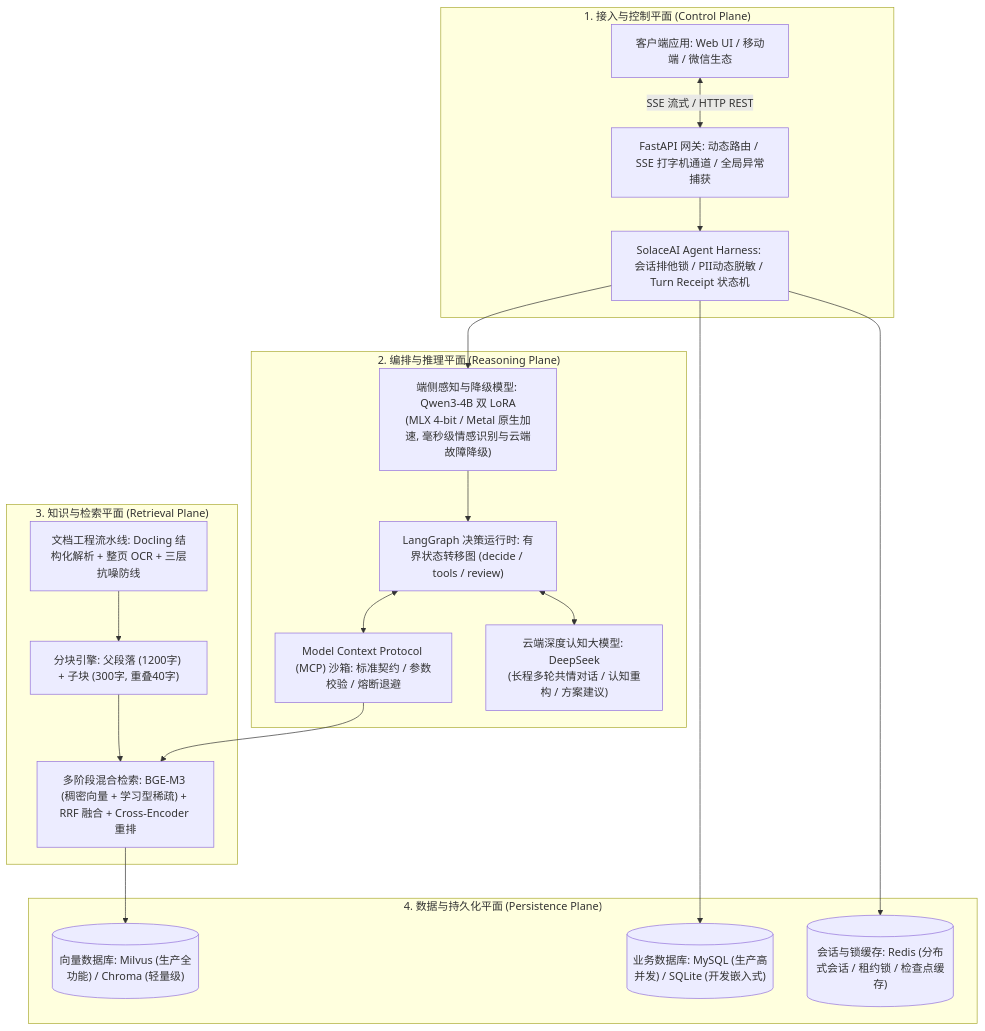
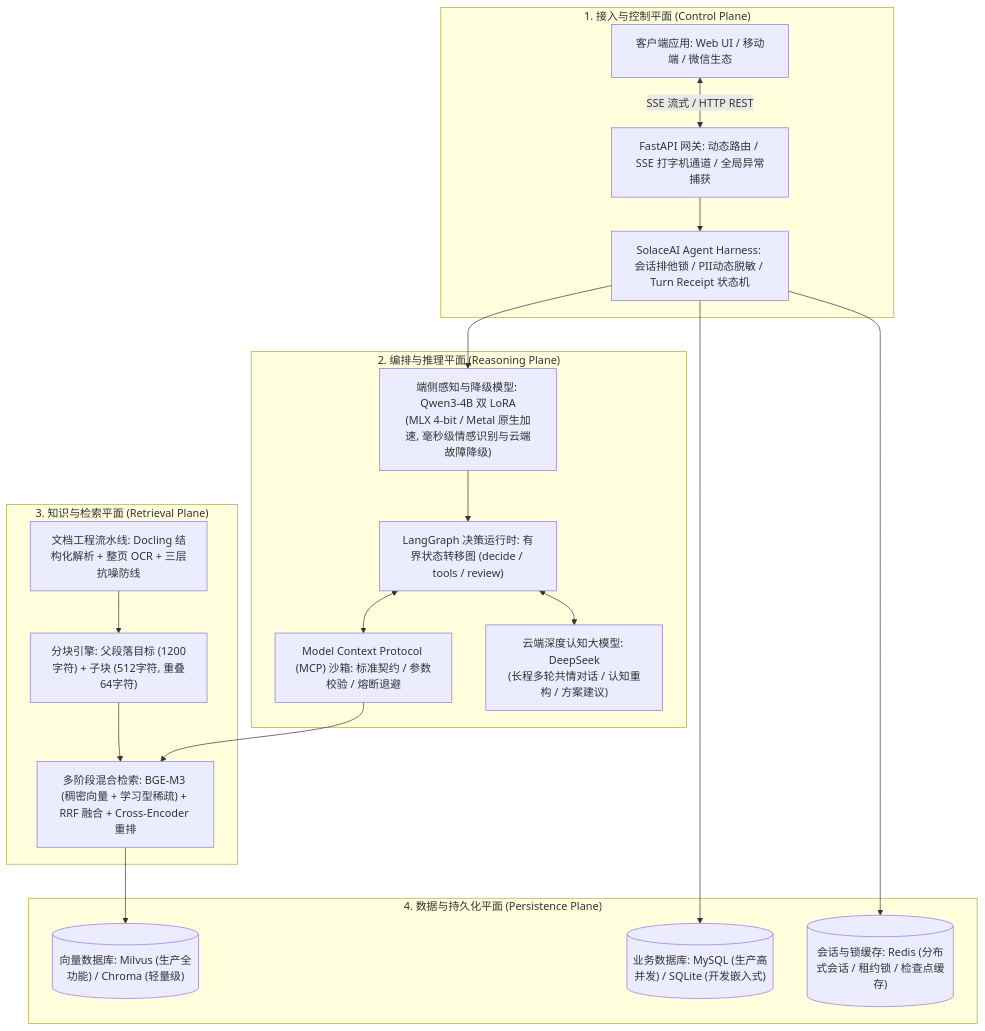
The first of 7 diagrams in docs/guide.md (WenYuecheng/solaceai), drawn with Mermaid before and after one commit. The commit also changed other lines of this file and 16 other files, not shown here.

````diff
--- a/docs/guide.md
+++ b/docs/guide.md
@@ -28,41 +28,41 @@
 ```mermaid
 graph TD
     subgraph Layer1["1. 接入与控制平面 (Control Plane)"]
         Client[客户端应用: Web UI / 移动端 / 微信生态]
         Gateway[FastAPI 网关: 动态路由 / SSE 打字机通道 / 全局异常捕获]
         Harness[SolaceAI Agent Harness: 会话排他锁 / PII动态脱敏 / Turn Receipt 状态机]
         Client <-->|SSE 流式 / HTTP REST| Gateway
         Gateway --> Harness
     end
 
     subgraph Layer2["2. 编排与推理平面 (Reasoning Plane)"]
         EdgeModel["端侧感知与降级模型: Qwen3-4B 双 LoRA<br/>(MLX 4-bit / Metal 原生加速, 毫秒级情感识别与云端故障降级)"]
         LangGraph["LangGraph 决策运行时: 有界状态转移图 (decide / tools / review)"]
         MCP["Model Context Protocol (MCP) 沙箱: 标准契约 / 参数校验 / 熔断退避"]
         CloudModel["云端深度认知大模型: DeepSeek<br/>(长程多轮共情对话 / 认知重构 / 方案建议)"]
         
         Harness --> EdgeModel
         EdgeModel --> LangGraph
         LangGraph <--> MCP
         LangGraph <--> CloudModel
     end
 
     subgraph Layer3["3. 知识与检索平面 (Retrieval Plane)"]
         Ingest["文档工程流水线: Docling 结构化解析 + 整页 OCR + 三层抗噪防线"]
-        Chunker["分块引擎: 父段落 (1200字) + 子块 (300字, 重叠40字)"]
+        Chunker["分块引擎: 父段落目标 (1200字符) + 子块 (512字符, 重叠64字符)"]
         Retrieval["多阶段混合检索: BGE-M3 (稠密向量 + 学习型稀疏) + RRF 融合 + Cross-Encoder 重排"]
         
         Ingest --> Chunker --> Retrieval
         MCP --> Retrieval
     end
 
     subgraph Layer4["4. 数据与持久化平面 (Persistence Plane)"]
         VectorDB[("向量数据库: Milvus (生产全功能) / Chroma (轻量级)")]
         SQLDB[("业务数据库: MySQL (生产高并发) / SQLite (开发嵌入式)")]
         Cache[("会话与锁缓存: Redis (分布式会话 / 租约锁 / 检查点缓存)")]
         
         Retrieval --> VectorDB
         Harness --> SQLDB
         Harness --> Cache
     end
 ```
````
